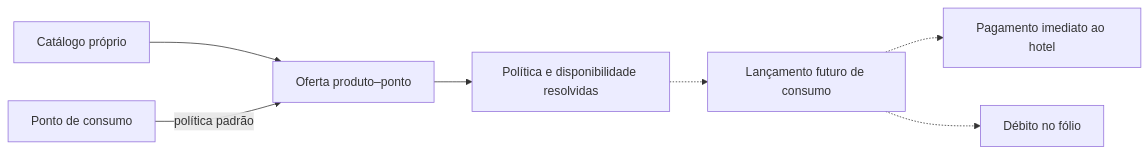
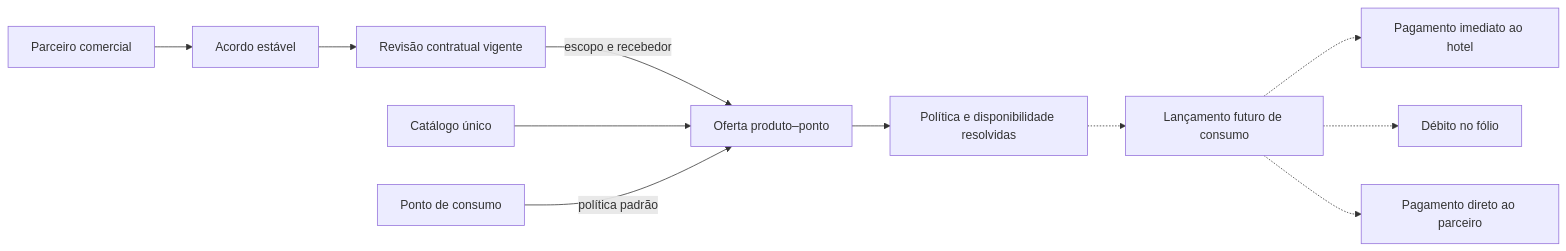
Before and after one commit to TiagoJSaraiva/CJOPRO-Sistema-de-hotelaria: the second of 7 diagrams in docs/architecture.md, drawn with Mermaid. The commit also changed other lines of this file and 54 other files, not shown here.

````diff
--- a/docs/architecture.md
+++ b/docs/architecture.md
@@ -44,9 +45,13 @@
 ```mermaid
 flowchart LR
-  catalog[Catálogo próprio] --> offer[Oferta produto–ponto]
+  partner[Parceiro comercial] --> agreement[Acordo estável]
+  agreement --> revision[Revisão contratual vigente]
+  revision -->|escopo e recebedor| offer
+  catalog[Catálogo único] --> offer[Oferta produto–ponto]
   point[Ponto de consumo] -->|política padrão| offer
   offer --> resolved[Política e disponibilidade resolvidas]
   resolved -.-> futureSale[Lançamento futuro de consumo]
   futureSale -.-> immediate[Pagamento imediato ao hotel]
   futureSale -.-> folio[Débito no fólio]
+  futureSale -.-> partnerPayment[Pagamento direto ao parceiro]
 ```
````
